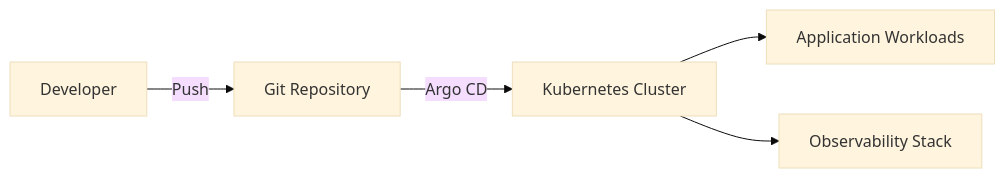
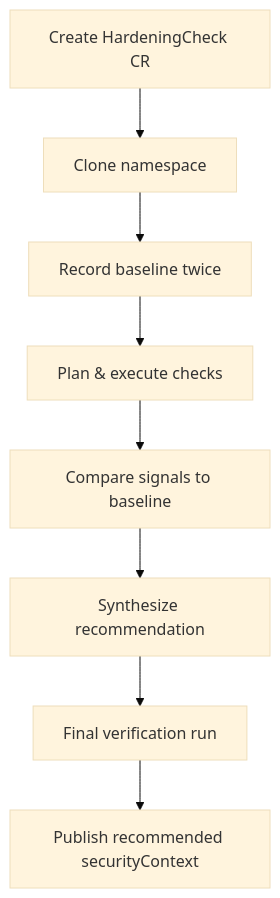
Before and after one commit to orakel-of-funk/swiss-cloud-native-day-talk-2026: the diagram in slides.md, drawn with Mermaid (base theme). The commit also changed other lines of this file and 4 other files, not shown here.

````diff
--- a/slides.md
+++ b/slides.md
@@ -69,7 +165,10 @@
 ```mermaid
-graph LR
-    A[Developer] -->|Push| B[Git Repository]
-    B -->|Argo CD| C[Kubernetes Cluster]
-    C --> D[Application Workloads]
-    C --> E[Observability Stack]
+graph TD
+    A[Create HardeningCheck CR] --> B[Clone namespace]
+    B --> C[Record baseline twice]
+    C --> D[Plan & execute checks]
+    D --> E[Compare signals to baseline]
+    E --> F[Synthesize recommendation]
+    F --> G[Final verification run]
+    G --> H[Publish recommended securityContext]
 ```
````
